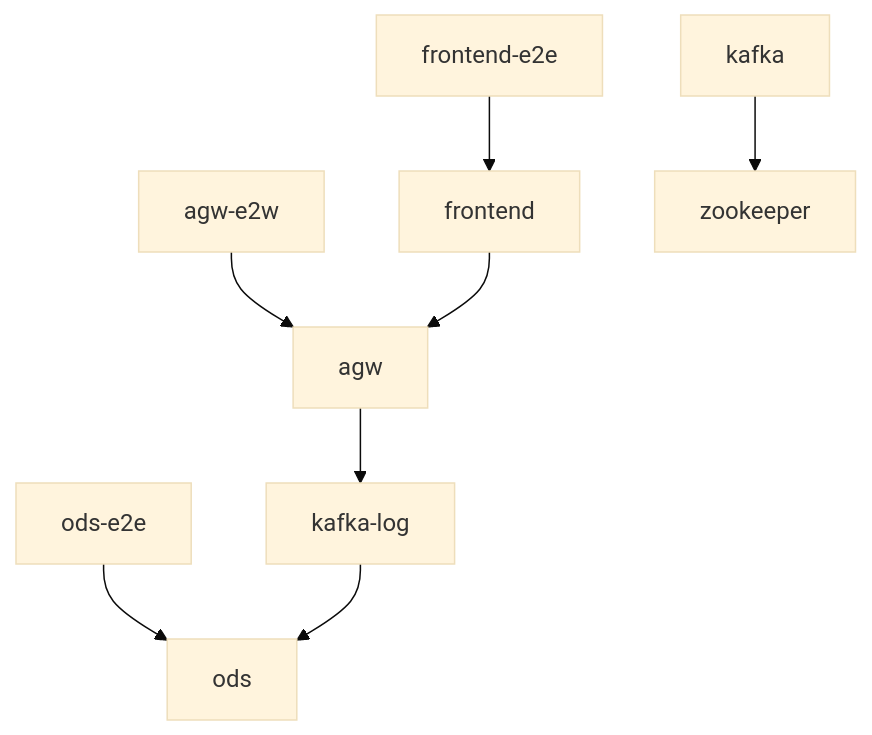
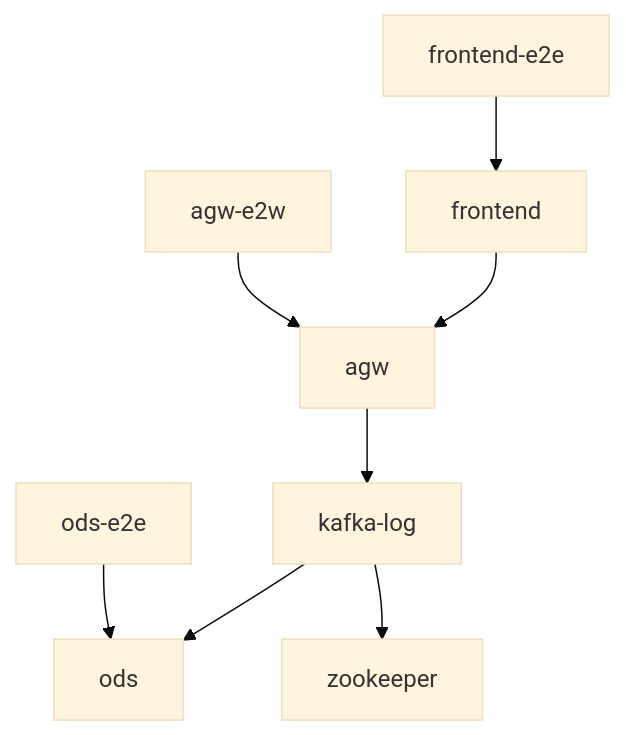
The diagram in README.md (IT-Lab-KubSU/platform), drawn with Mermaid (base theme) before and after one commit.

Commit message:
docs: fix kafka => kafka-log in the README.md Graph

````diff
--- a/README.md
+++ b/README.md
@@ -47,10 +47,10 @@
 ```mermaid
 graph TD;
     agw-e2w-->agw;
     frontend-e2e-->frontend;
     frontend-->agw;
     ods-e2e-->ods
     agw-->kafka-log
     kafka-log-->ods
-    kafka-->zookeeper
+    kafka-log-->zookeeper
 ```
````
